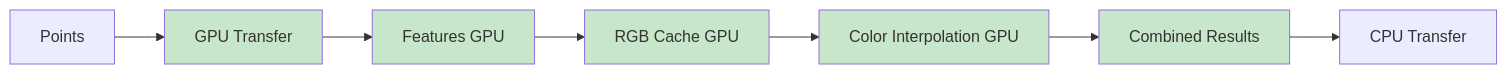
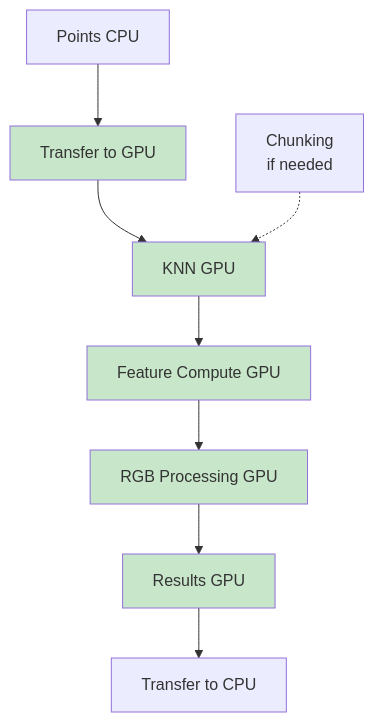
The fourth of 6 diagrams in website/i18n/fr/docusaurus-plugin-content-docs/current/architecture.md (sducournau/IGN_LIDAR_HD_DATASET), drawn with Mermaid before and after one commit. The commit also changed other lines of this file and 145 other files, not shown here.

````diff
--- a/website/i18n/fr/docusaurus-plugin-content-docs/current/architecture.md
+++ b/website/i18n/fr/docusaurus-plugin-content-docs/current/architecture.md
@@ -143,15 +504,17 @@
 ```mermaid
-flowchart LR
-    A[Points] --> B[GPU Transfer]
-    B --> C[Features GPU]
-    C --> D[RGB Cache GPU]
-    D --> E[Color Interpolation GPU]
-    E --> F[Combined Results]
-    F --> G[CPU Transfer]
+flowchart TB
+    A[Points CPU] --> B[Transfer to GPU]
+    B --> C[KNN GPU]
+    C --> D[Feature Compute GPU]
+    D --> E[RGB Processing GPU]
+    E --> F[Results GPU]
+    F --> G[Transfer to CPU]
+
+    H[Chunking<br/>if needed] -.-> C
 
     style B fill:#c8e6c9
     style C fill:#c8e6c9
     style D fill:#c8e6c9
     style E fill:#c8e6c9
     style F fill:#c8e6c9
 ```
````
